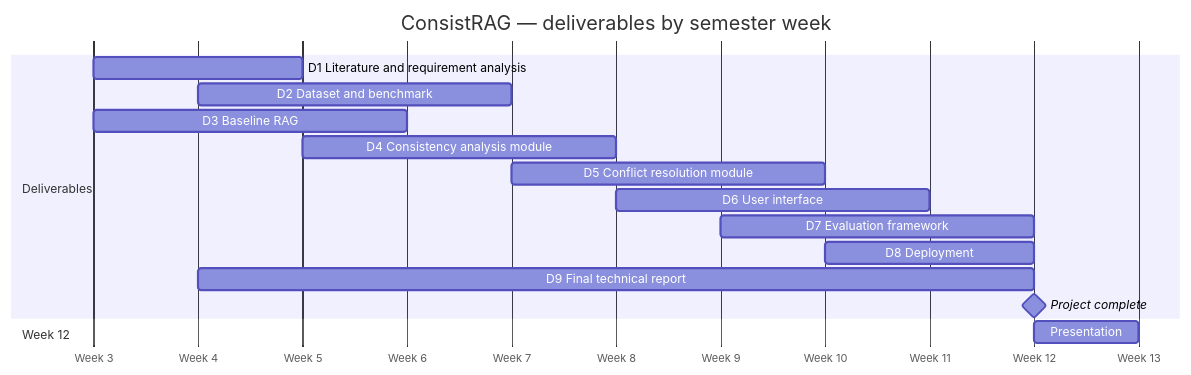
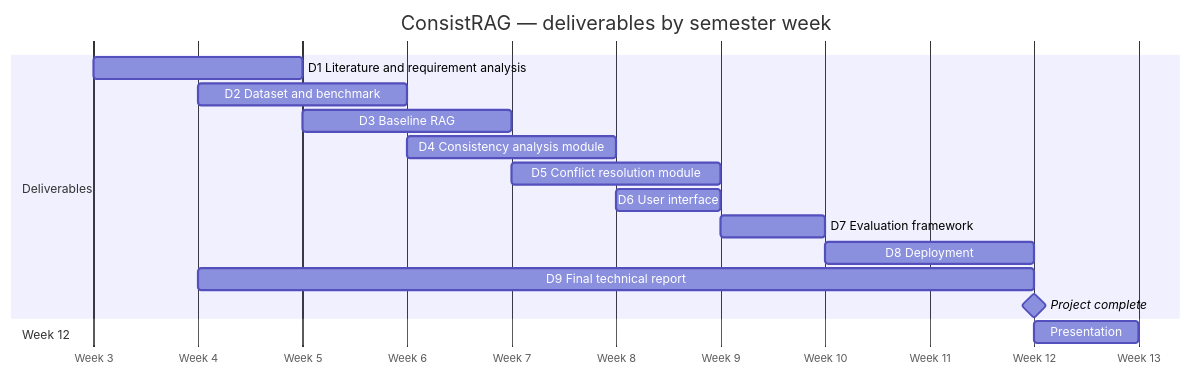
One commit to GDaycer/ConsistRAG changed the diagram in docs/gantt.md. Above: the diagram before and after it, drawn with Mermaid. The commit also changed other lines of this file and 1 other file, not shown here.

Commit message:
Update deliverable weeks in Gantt chart
Claude-Session: https://claude.ai/code/session_01FHxSgmcjkLqEFFrcDcbkh9

````diff
--- a/docs/gantt.md
+++ b/docs/gantt.md
@@ -7,24 +7,24 @@
 ```mermaid
 gantt
     title ConsistRAG — deliverables by semester week
     dateFormat YYYY-MM-DD
     axisFormat Week %-W
     tickInterval 1week
     weekday monday
     todayMarker off
 
     section Deliverables
     D1 Literature and requirement analysis   :d1, 2024-01-15, 14d
-    D2 Dataset and benchmark                 :d2, 2024-01-22, 21d
-    D3 Baseline RAG                          :d3, 2024-01-15, 21d
-    D4 Consistency analysis module           :d4, 2024-01-29, 21d
-    D5 Conflict resolution module            :d5, 2024-02-12, 21d
-    D6 User interface                        :d6, 2024-02-19, 21d
-    D7 Evaluation framework                  :d7, 2024-02-26, 21d
+    D2 Dataset and benchmark                 :d2, 2024-01-22, 14d
+    D3 Baseline RAG                          :d3, 2024-01-29, 14d
+    D4 Consistency analysis module           :d4, 2024-02-05, 14d
+    D5 Conflict resolution module            :d5, 2024-02-12, 14d
+    D6 User interface                        :d6, 2024-02-19, 7d
+    D7 Evaluation framework                  :d7, 2024-02-26, 7d
     D8 Deployment                            :d8, 2024-03-04, 14d
     D9 Final technical report                :d9, 2024-01-22, 56d
     Project complete                         :milestone, fin, 2024-03-18, 0d
 
     section Week 12
     Presentation                             :p, 2024-03-18, 7d
 ```
````
